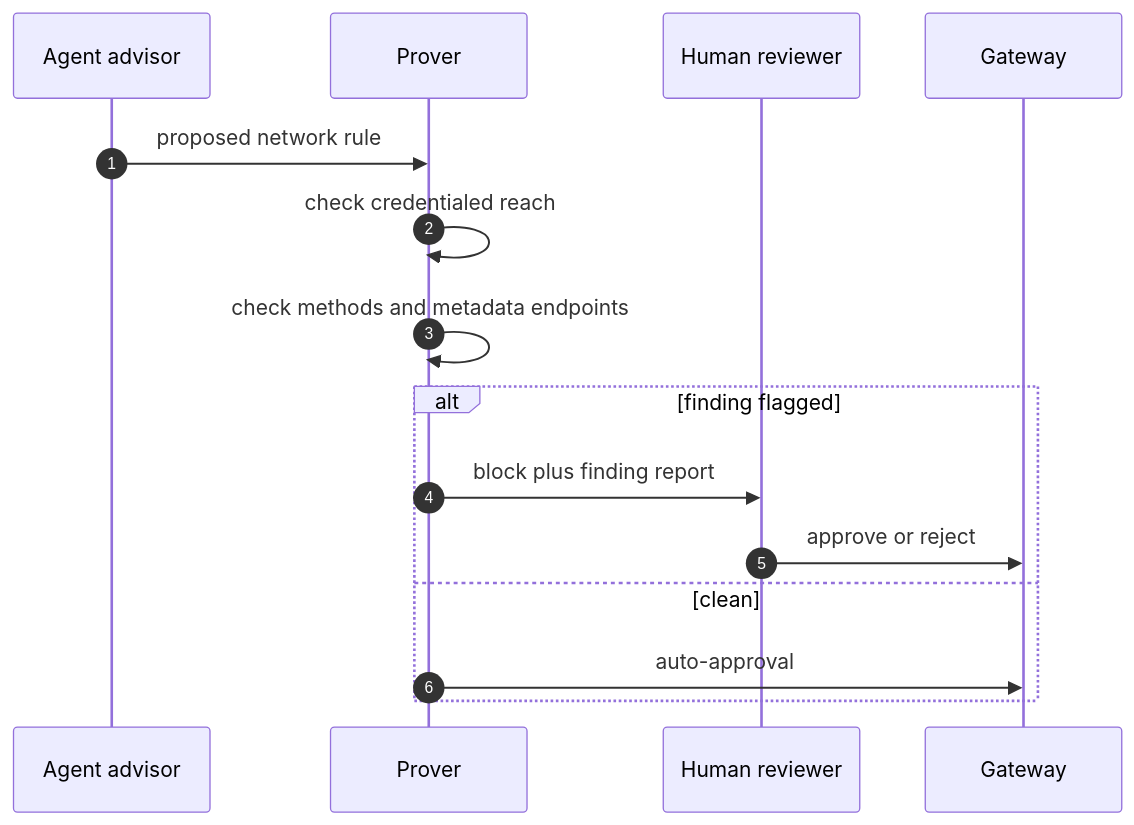
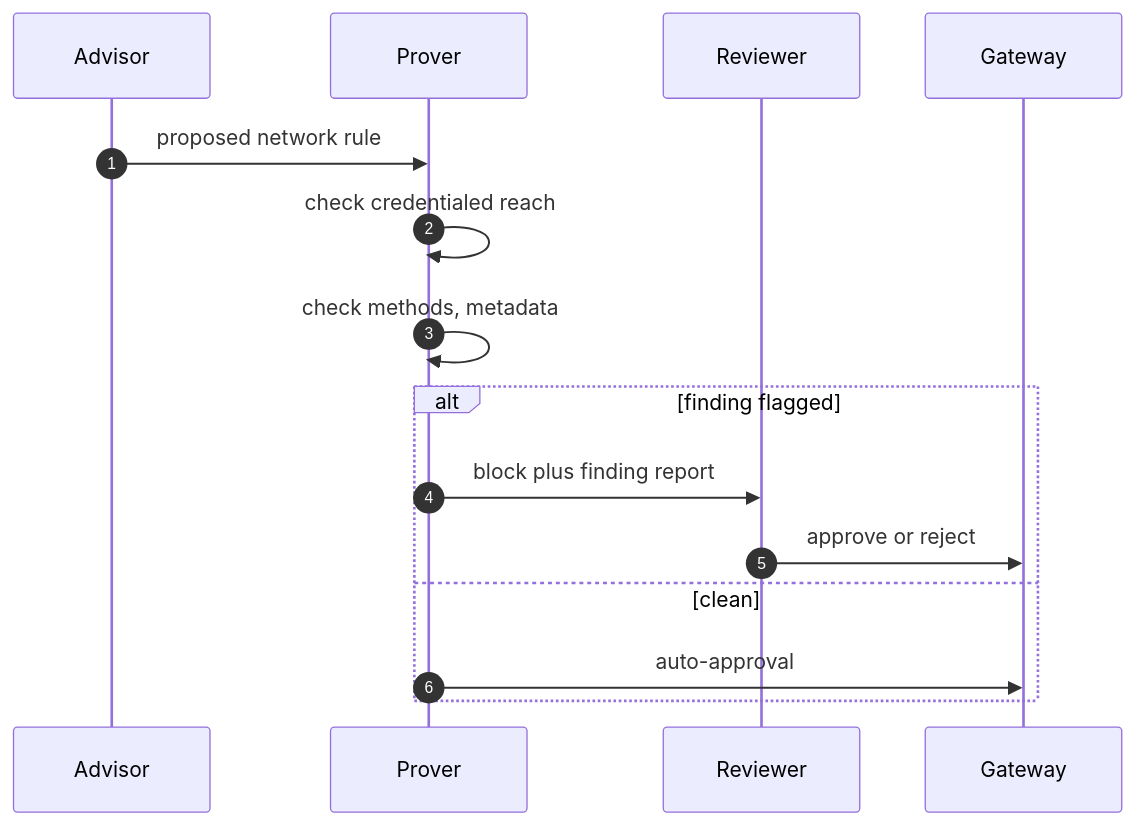
Diagram 12 of 26 in book/OPENSHELL-REFERENCE-ARCHITECTURE.md (harishgovardhandamodar/AI-Agents-Patterns), drawn with Mermaid before and after one commit. The commit also changed other lines of this file and 4 other files, not shown here.

First line of the commit message:
Presentable UML: vertical stacks, no dead columns, tighter sequences

````diff
--- a/book/OPENSHELL-REFERENCE-ARCHITECTURE.md
+++ b/book/OPENSHELL-REFERENCE-ARCHITECTURE.md
@@ -390,17 +390,17 @@
 ```mermaid
 sequenceDiagram
     autonumber
-    participant AG as Agent advisor
+    participant AG as Advisor
     participant PV as Prover
-    participant HU as Human reviewer
+    participant HU as Reviewer
     participant GW as Gateway
     AG->>PV: proposed network rule
     PV->>PV: check credentialed reach
-    PV->>PV: check methods and metadata endpoints
+    PV->>PV: check methods, metadata
     alt finding flagged
         PV->>HU: block plus finding report
         HU->>GW: approve or reject
     else clean
         PV->>GW: auto-approval
     end
 ```
````
